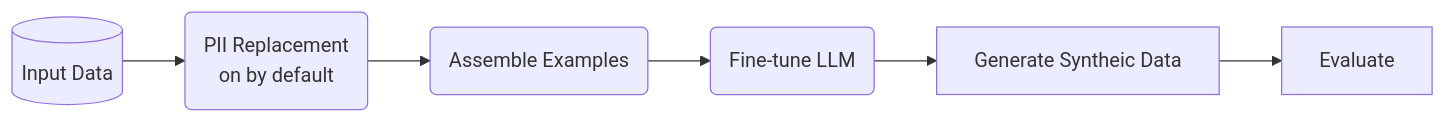
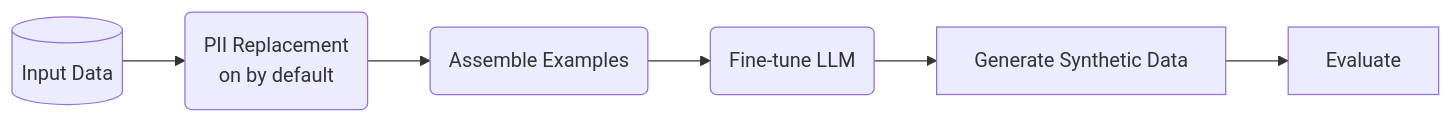
One commit to NVIDIA-NeMo/Safe-Synthesizer changed the diagram in docs/product-overview/pipeline.md. Above: the diagram before and after it, drawn with Mermaid. The commit also changed 1 other file, not shown here.

Commit message:
fix the text semantic similarity description

````diff
--- a/docs/product-overview/pipeline.md
+++ b/docs/product-overview/pipeline.md
@@ -18,9 +18,9 @@
 ```mermaid
 flowchart LR
     data[("Input Data")]
     data --> pii("PII Replacement\non by default")
     pii --> assemble("Assemble Examples")
     assemble --> train("Fine-tune LLM")
-    train --> generate["Generate Syntheic Data"]
+    train --> generate["Generate Synthetic Data"]
     generate --> evaluate["Evaluate"]
 ```
````
